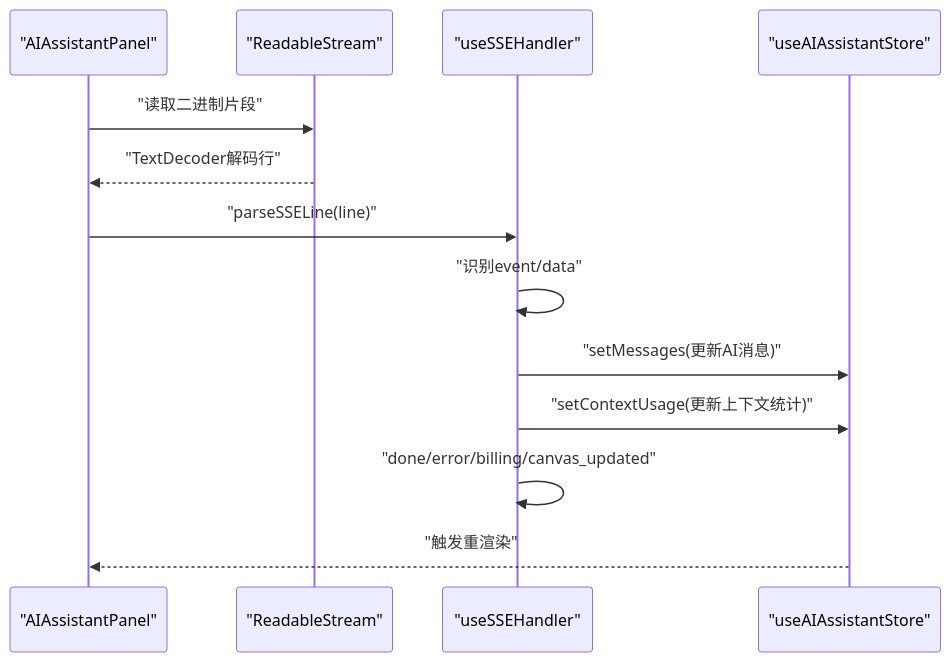
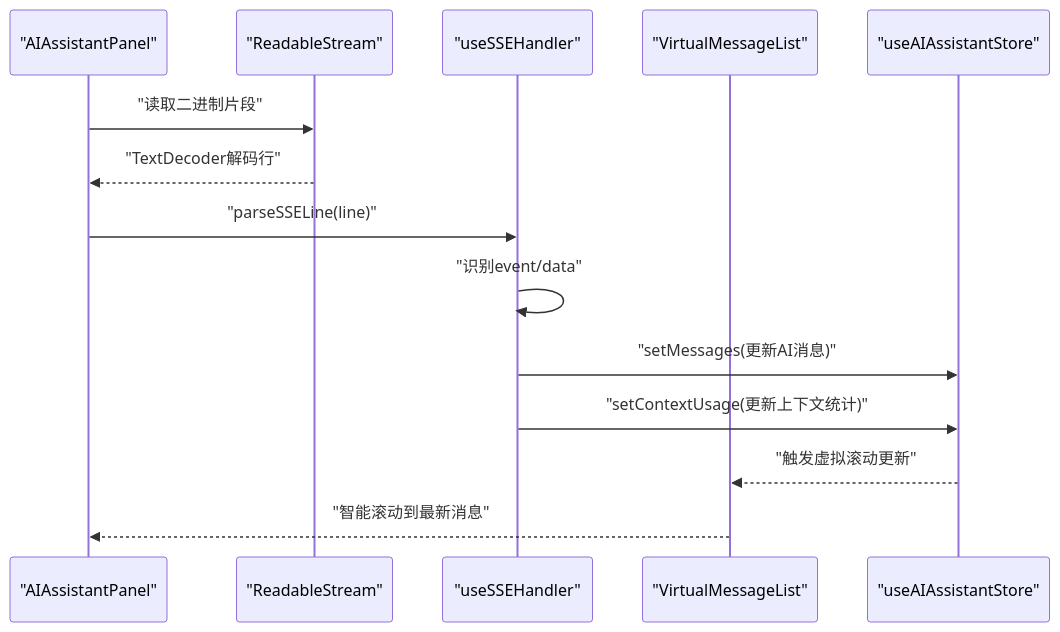
Before and after one commit to KunLabAI/KunFlix: diagram 13 of 24 in .qoder/repowiki/zh/content/前端应用架构/UI组件库/画布组件系统/AI助手面板.md, drawn with Mermaid. The commit also changed other lines of this file and 22 other files, not shown here.

````diff
--- a/.qoder/repowiki/zh/content/前端应用架构/UI组件库/画布组件系统/AI助手面板.md
+++ b/.qoder/repowiki/zh/content/前端应用架构/UI组件库/画布组件系统/AI助手面板.md
@@ -451,15 +613,16 @@
 ```mermaid
 sequenceDiagram
 participant P as "AIAssistantPanel"
 participant R as "ReadableStream"
 participant H as "useSSEHandler"
+participant VL as "VirtualMessageList"
 participant ST as "useAIAssistantStore"
 P->>R : "读取二进制片段"
 R-->>P : "TextDecoder解码行"
 P->>H : "parseSSELine(line)"
 H->>H : "识别event/data"
 H->>ST : "setMessages(更新AI消息)"
 H->>ST : "setContextUsage(更新上下文统计)"
-H->>H : "done/error/billing/canvas_updated"
-ST-->>P : "触发重渲染"
+ST-->>VL : "触发虚拟滚动更新"
+VL-->>P : "智能滚动到最新消息"
 ```
````
